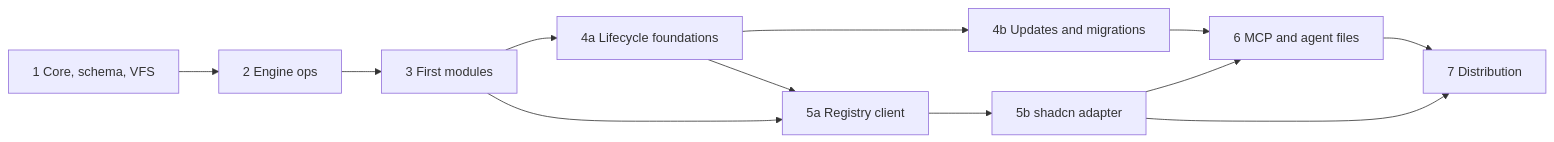
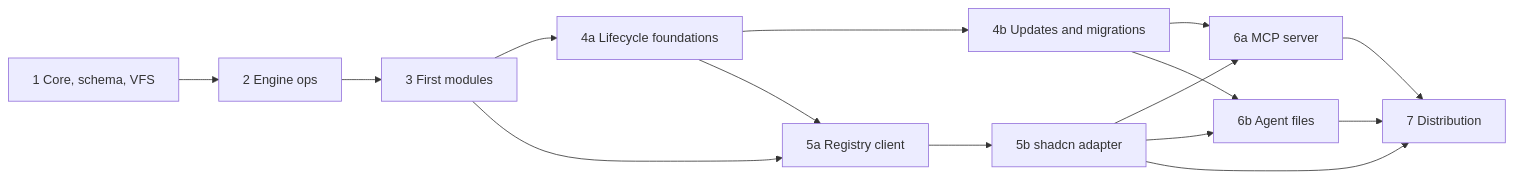
Before and after one commit to andryorelabs/aokit: the diagram in docs/roadmap.md, drawn with Mermaid. The commit also changed other lines of this file and 3 other files, not shown here.

First line of the commit message:
docs: 📝 add phase 6a MCP server decisions (#39)

````diff
--- a/docs/roadmap.md
+++ b/docs/roadmap.md
@@ -7,14 +7,17 @@
 ```mermaid
 flowchart LR
   P1[1 Core, schema, VFS] --> P2[2 Engine ops]
   P2 --> P3[3 First modules]
   P3 --> P4A[4a Lifecycle foundations]
   P4A --> P4B[4b Updates and migrations]
   P3 --> P5A[5a Registry client]
   P4A --> P5A
   P5A --> P5B[5b shadcn adapter]
-  P4B --> P6[6 MCP and agent files]
-  P5B --> P6
-  P6 --> P7[7 Distribution]
+  P4B --> P6A[6a MCP server]
+  P5B --> P6A
+  P4B --> P6B[6b Agent files]
+  P5B --> P6B
+  P6A --> P7[7 Distribution]
+  P6B --> P7
   P5B --> P7
 ```
````
